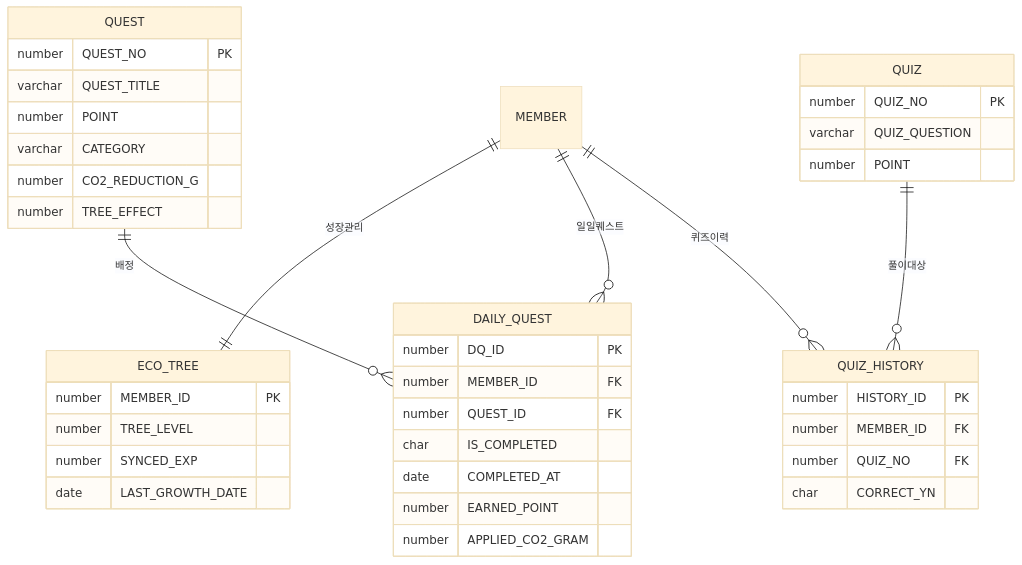
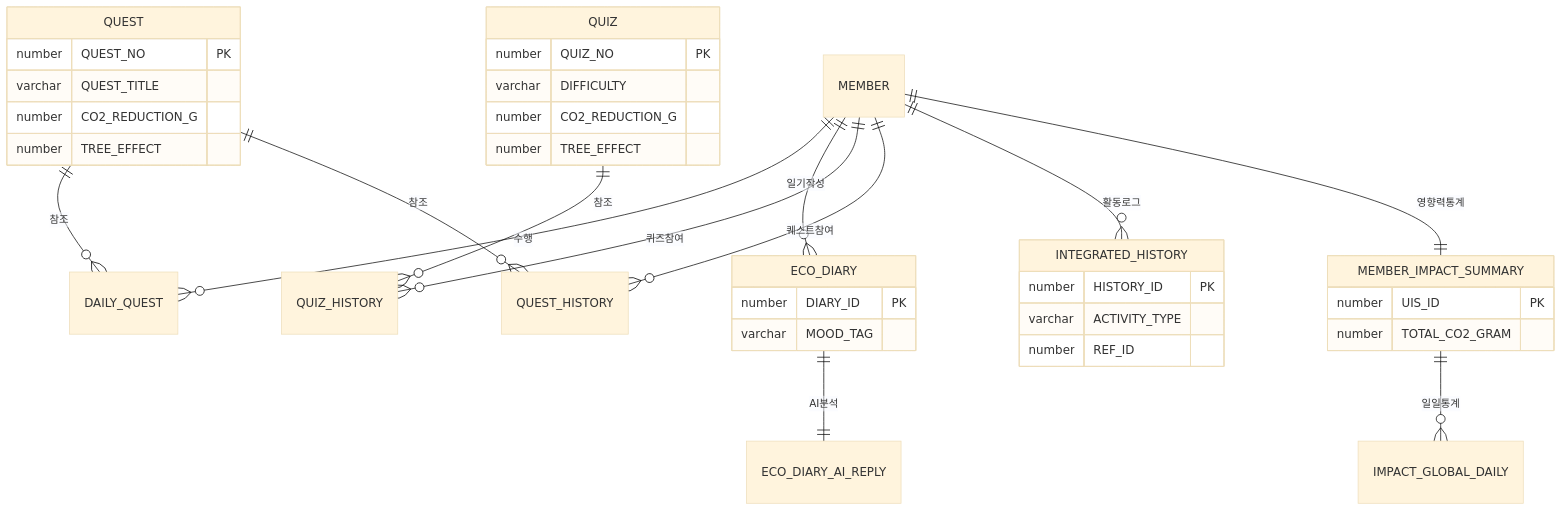
One commit to KJH-Portfolio/202602-Environmenta-Organization changed the third of 5 diagrams in erd.md. Above: the diagram before and after it, drawn with Mermaid (base theme). The commit also changed other lines of this file, not shown here.

````diff
--- a/erd.md
+++ b/erd.md
@@ -524,42 +790,40 @@
 ```mermaid
 erDiagram
-    ECO_TREE {
-        number MEMBER_ID PK
-        number TREE_LEVEL
-        number SYNCED_EXP
-        date LAST_GROWTH_DATE
-    }
+    MEMBER ||--o{ DAILY_QUEST : "수행"
+    MEMBER ||--o{ ECO_DIARY : "일기작성"
+    MEMBER ||--o{ QUIZ_HISTORY : "퀴즈참여"
+    MEMBER ||--o{ QUEST_HISTORY : "퀘스트참여"
+    MEMBER ||--o{ INTEGRATED_HISTORY : "활동로그"
+    MEMBER ||--|| MEMBER_IMPACT_SUMMARY : "영향력통계"
+    MEMBER_IMPACT_SUMMARY ||--o{ IMPACT_GLOBAL_DAILY : "일일통계"
+    ECO_DIARY ||--|| ECO_DIARY_AI_REPLY : "AI분석"
+    QUEST ||--o{ DAILY_QUEST : "참조"
+    QUEST ||--o{ QUEST_HISTORY : "참조"
+    QUIZ ||--o{ QUIZ_HISTORY : "참조"
+    
     QUEST {
         number QUEST_NO PK
         varchar QUEST_TITLE
-        number POINT
-        varchar CATEGORY
         number CO2_REDUCTION_G
         number TREE_EFFECT
     }
-    DAILY_QUEST {
-        number DQ_ID PK
-        number MEMBER_ID FK
-        number QUEST_ID FK
-        char IS_COMPLETED
-        date COMPLETED_AT
-        number EARNED_POINT
-        number APPLIED_CO2_GRAM
-    }
     QUIZ {
         number QUIZ_NO PK
-        varchar QUIZ_QUESTION
-        number POINT
+        varchar DIFFICULTY
+        number CO2_REDUCTION_G
+        number TREE_EFFECT
     }
-    QUIZ_HISTORY {
+    ECO_DIARY {
+        number DIARY_ID PK
+        varchar MOOD_TAG
+    }
+    INTEGRATED_HISTORY {
         number HISTORY_ID PK
-        number MEMBER_ID FK
-        number QUIZ_NO FK
-        char CORRECT_YN
+        varchar ACTIVITY_TYPE
+        number REF_ID
     }
-    MEMBER ||--|| ECO_TREE : "성장관리"
-    MEMBER ||--o{ DAILY_QUEST : "일일퀘스트"
-    QUEST ||--o{ DAILY_QUEST : "배정"
-    MEMBER ||--o{ QUIZ_HISTORY : "퀴즈이력"
-    QUIZ ||--o{ QUIZ_HISTORY : "풀이대상"
+    MEMBER_IMPACT_SUMMARY {
+        number UIS_ID PK
+        number TOTAL_CO2_GRAM
+    }
 ```
````
